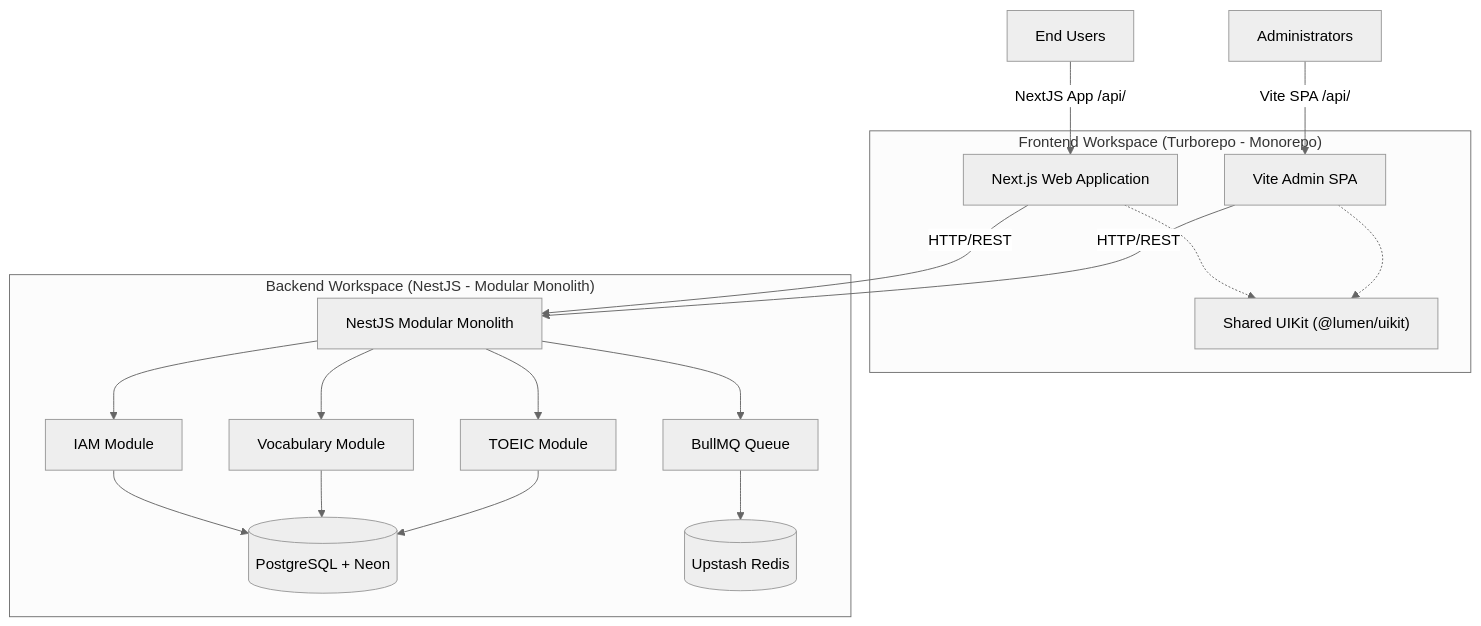
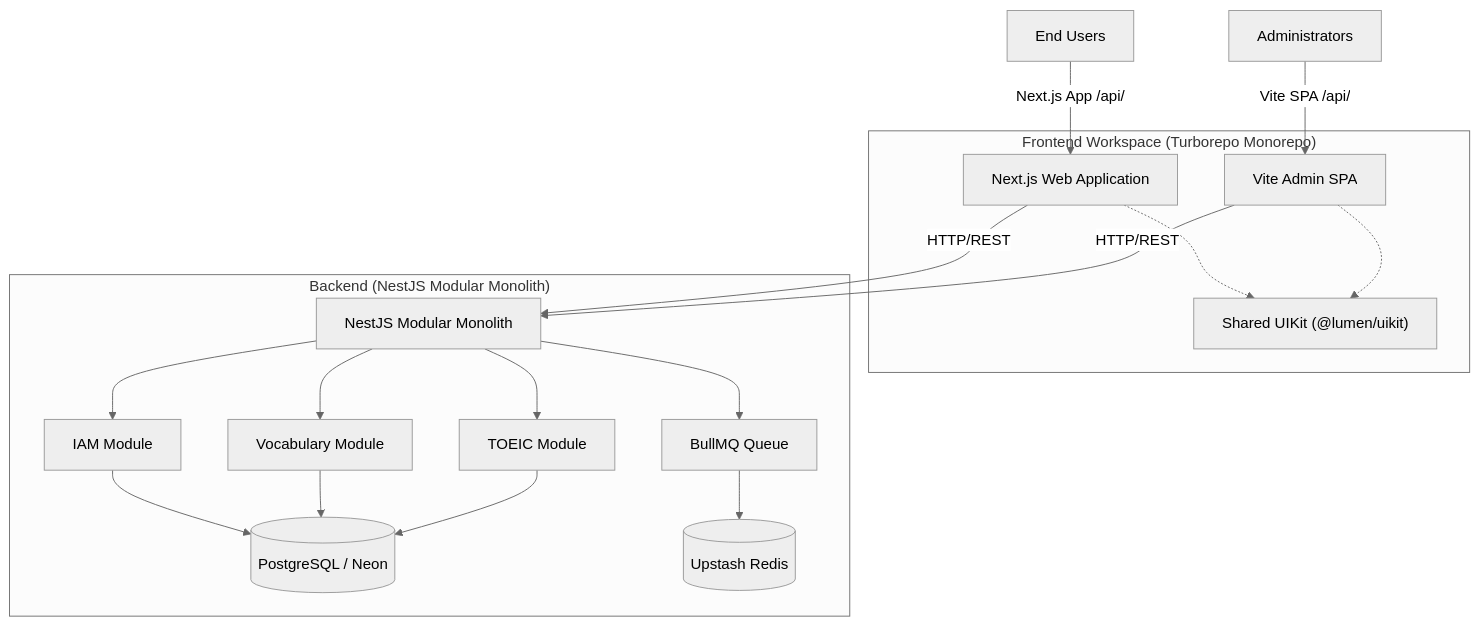
Before and after one commit to Youth-Garden/lumen: the diagram in README.md, drawn with Mermaid (neutral theme). The commit also changed other lines of this file, not shown here.

````diff
--- a/README.md
+++ b/README.md
@@ -26,27 +34,26 @@
 ```mermaid
 graph TD
-    Client[End Users] -->|NextJS App /api/| Web[Next.js Web Application]
+    Client[End Users] -->|Next.js App /api/| Web[Next.js Web Application]
     AdminUser[Administrators] -->|Vite SPA /api/| AdminSPA[Vite Admin SPA]
 
-    subgraph "Frontend Workspace (Turborepo - Monorepo)"
+    subgraph "Frontend Workspace (Turborepo Monorepo)"
         Web
         AdminSPA
         Web -.-> Shared["Shared UIKit (@lumen/uikit)"]
         AdminSPA -.-> Shared
     end
 
     Web -->|HTTP/REST| Backend[NestJS Modular Monolith]
     AdminSPA -->|HTTP/REST| Backend
 
-    subgraph "Backend Workspace (NestJS - Modular Monolith)"
+    subgraph "Backend (NestJS Modular Monolith)"
         Backend --> IAM[IAM Module]
         Backend --> Vocab[Vocabulary Module]
         Backend --> Test[TOEIC Module]
         Backend --> Queue[BullMQ Queue]
-        
-        IAM --> DB[(PostgreSQL + Neon)]
+        IAM --> DB[(PostgreSQL / Neon)]
         Vocab --> DB
         Test --> DB
         Queue --> Redis[(Upstash Redis)]
     end
 ```
````
